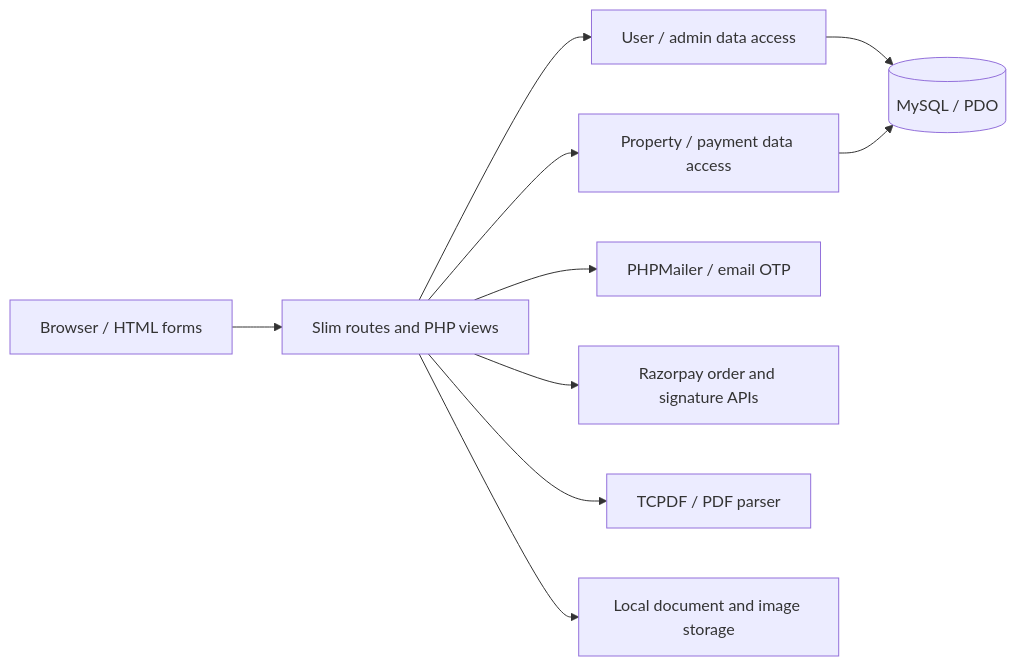
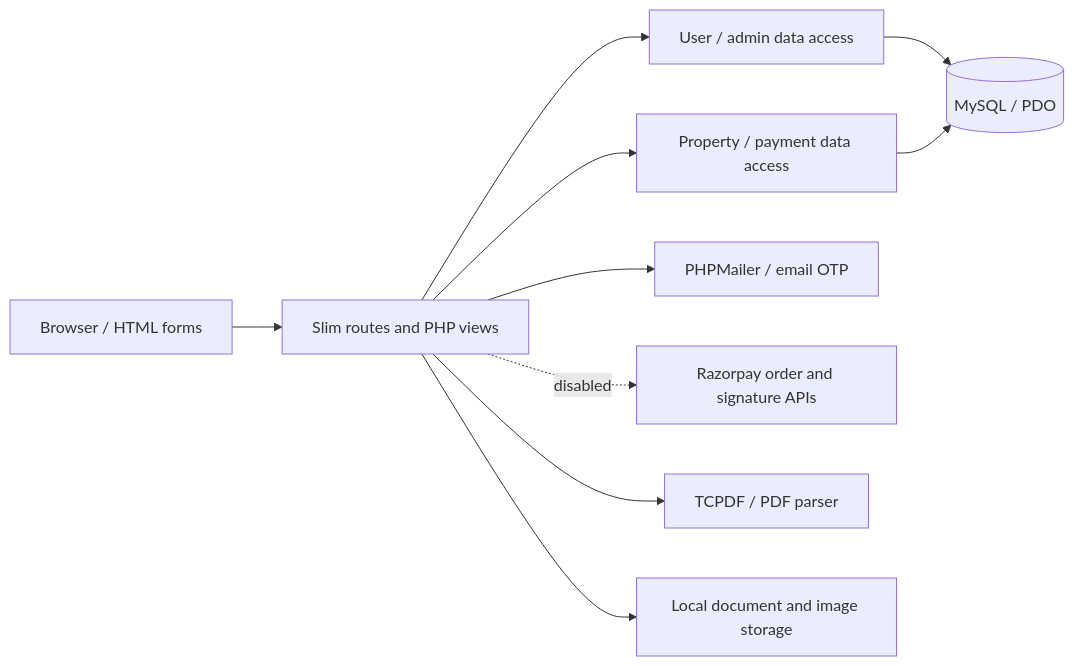
The diagram in README.md (yashwant938/E-Commerce), drawn with Mermaid before and after one commit. The commit also changed other lines of this file and 10 other files, not shown here.

````diff
--- a/README.md
+++ b/README.md
@@ -13,12 +13,12 @@
 ```mermaid
 flowchart LR
     Browser[Browser / HTML forms] --> Routes[Slim routes and PHP views]
     Routes --> Accounts[User / admin data access]
     Routes --> Properties[Property / payment data access]
     Accounts --> DB[(MySQL / PDO)]
     Properties --> DB
     Routes --> Email[PHPMailer / email OTP]
-    Routes --> Payment[Razorpay order and signature APIs]
+    Routes -. disabled .-> Payment[Razorpay order and signature APIs]
     Routes --> PDF[TCPDF / PDF parser]
     Routes --> Files[Local document and image storage]
 ```
````
